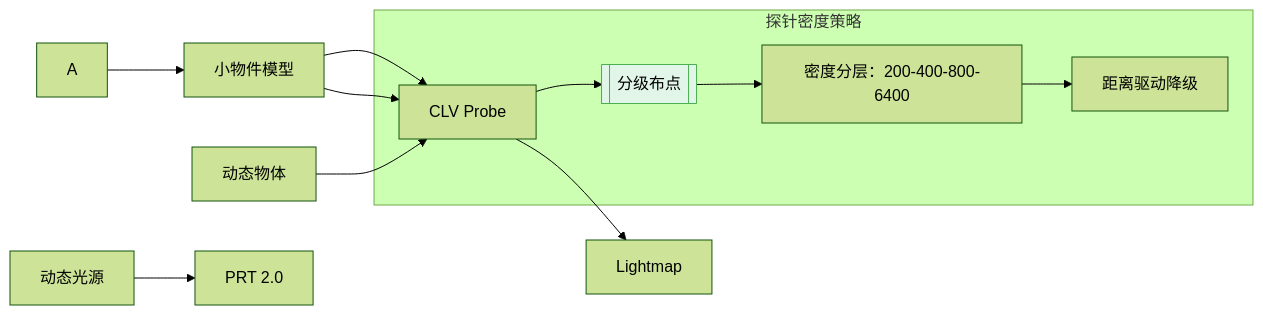
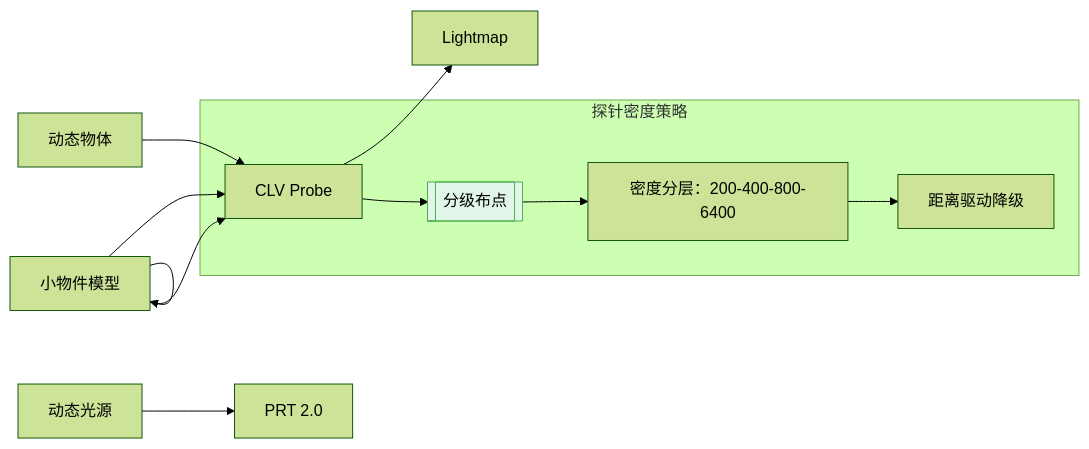
One commit to archieluan/iodraw-files changed the diagram in all/未命名-5.md. Above: the diagram before and after it, drawn with Mermaid (forest theme).

Commit message:
2025-07-08 11:03:12 update

````diff
--- a/all/未命名-5.md
+++ b/all/未命名-5.md
@@ -1,20 +1,20 @@
 ```mermaid
 graph LR
   %% 保留原基础框架
-  B[静态物体] --> B1[重点模型] --> A2[Lightmap]
-  A --> B[小物件模型] --> B1[CLV Probe]
+  B[静态物体] --> B1[重点模型] --> B2[Lightmap]
+  B --> B[小物件模型] --> B1[CLV Probe]
   
   %% 新增分级标注
   subgraph 探针密度策略
     B1 --> C[[分级布点]]
     C --> C1["密度分层：200-400-800-6400"]
     C1 --> C2["距离驱动降级"]
     style C fill:#e1f5e8,stroke:#4caf50
   end
   
   %% 动态部分严格区分
   D[动态物体] --> B1[CLV Probe] 
 
   
   E[动态光源] --> E1[PRT 2.0]
 ```
````
